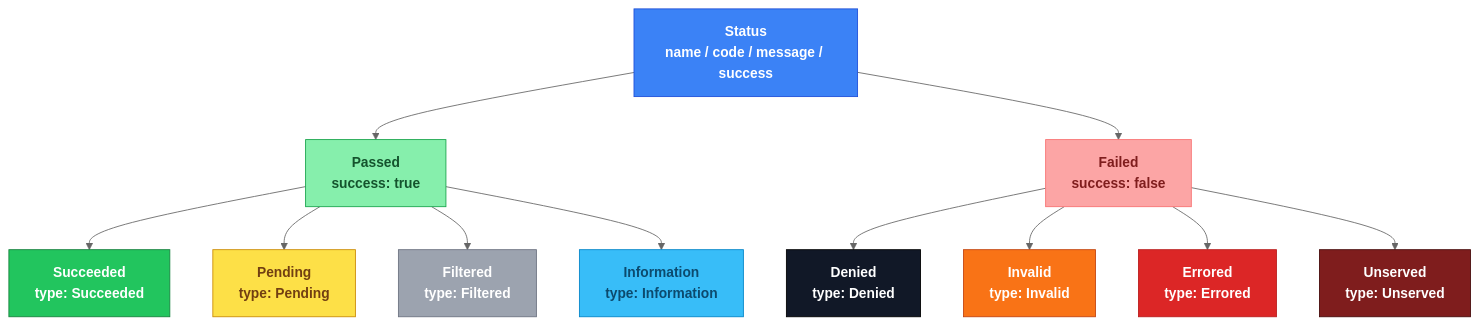
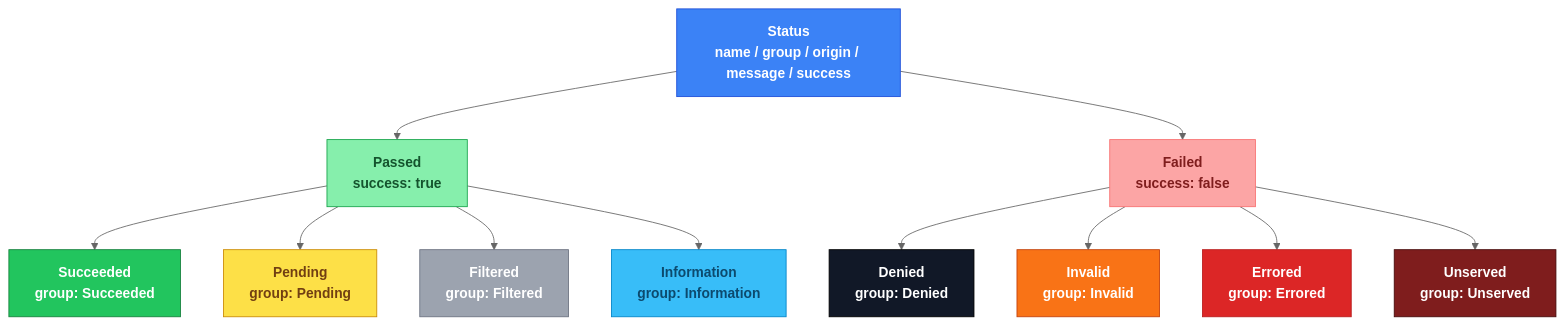
Before and after one commit to slatekit/kiit-codes: the diagram in README.md, drawn with Mermaid (neutral theme). The commit also changed other lines of this file, not shown here.

````diff
--- a/README.md
+++ b/README.md
@@ -120,40 +163,40 @@
 ```mermaid
 graph TD
     classDef statusNode        fill:#3b82f6,stroke:#1d4ed8,color:#ffffff,font-weight:bold
     classDef passedNode        fill:#86efac,stroke:#16a34a,color:#14532d,font-weight:bold
     classDef succeededNode     fill:#22c55e,stroke:#15803d,color:#ffffff,font-weight:bold
     classDef pendingNode       fill:#fde047,stroke:#ca8a04,color:#713f12,font-weight:bold
     classDef filteredNode      fill:#9ca3af,stroke:#6b7280,color:#ffffff,font-weight:bold
     classDef informationNode   fill:#38bdf8,stroke:#0284c7,color:#0c4a6e,font-weight:bold
     classDef failedNode        fill:#fca5a5,stroke:#f87171,color:#7f1d1d,font-weight:bold
     classDef deniedNode        fill:#111827,stroke:#000000,color:#ffffff,font-weight:bold
     classDef invalidNode       fill:#f97316,stroke:#c2410c,color:#ffffff,font-weight:bold
     classDef erroredNode       fill:#dc2626,stroke:#b91c1c,color:#ffffff,font-weight:bold
-    classDef unservedNode fill:#7f1d1d,stroke:#450a0a,color:#ffffff,font-weight:bold
+    classDef unservedNode      fill:#7f1d1d,stroke:#450a0a,color:#ffffff,font-weight:bold
 
-    Status["Status<br/>name / code / message / success"]:::statusNode
+    Status["Status<br/>name / group / origin / message / success"]:::statusNode
 
     Passed["Passed<br/>success: true"]:::passedNode
     Failed["Failed<br/>success: false"]:::failedNode
 
-    Succeeded["Succeeded<br/>type: Succeeded"]:::succeededNode
-    Pending["Pending<br/>type: Pending"]:::pendingNode
-    Filtered["Filtered<br/>type: Filtered"]:::filteredNode
-    Information["Information<br/>type: Information"]:::informationNode
+    Succeeded["Succeeded<br/>group: Succeeded"]:::succeededNode
+    Pending["Pending<br/>group: Pending"]:::pendingNode
+    Filtered["Filtered<br/>group: Filtered"]:::filteredNode
+    Information["Information<br/>group: Information"]:::informationNode
 
-    Denied["Denied<br/>type: Denied"]:::deniedNode
-    Invalid["Invalid<br/>type: Invalid"]:::invalidNode
-    Errored["Errored<br/>type: Errored"]:::erroredNode
-    Unserved["Unserved<br/>type: Unserved"]:::unservedNode
+    Denied["Denied<br/>group: Denied"]:::deniedNode
+    Invalid["Invalid<br/>group: Invalid"]:::invalidNode
+    Errored["Errored<br/>group: Errored"]:::erroredNode
+    Unserved["Unserved<br/>group: Unserved"]:::unservedNode
 
     Status --> Passed
     Status --> Failed
     Passed --> Succeeded
     Passed --> Pending
     Passed --> Filtered
     Passed --> Information
     Failed --> Denied
     Failed --> Invalid
     Failed --> Errored
     Failed --> Unserved
 ```
````
